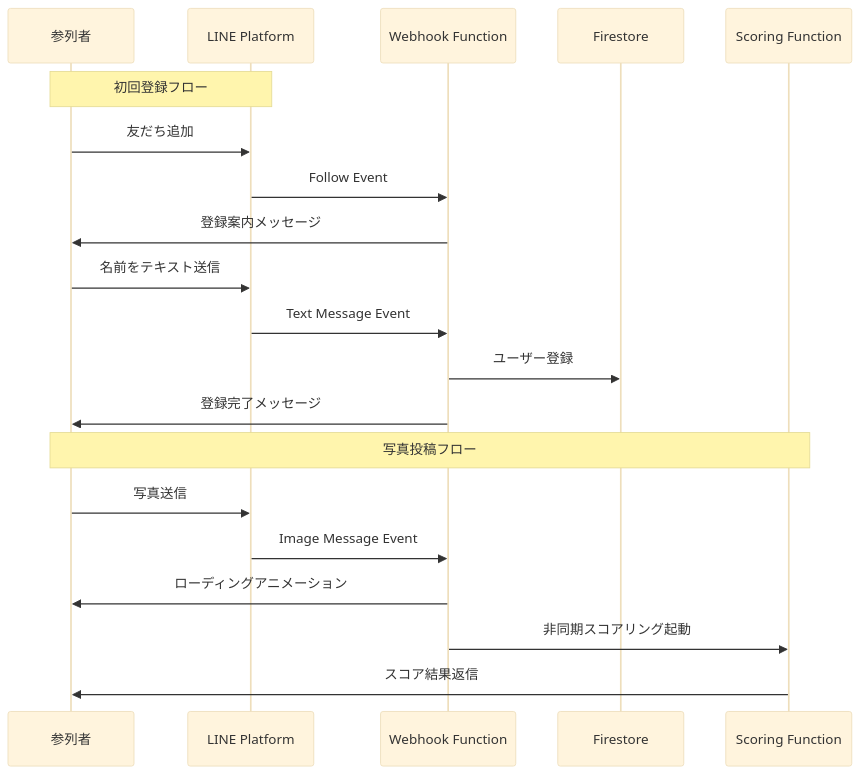
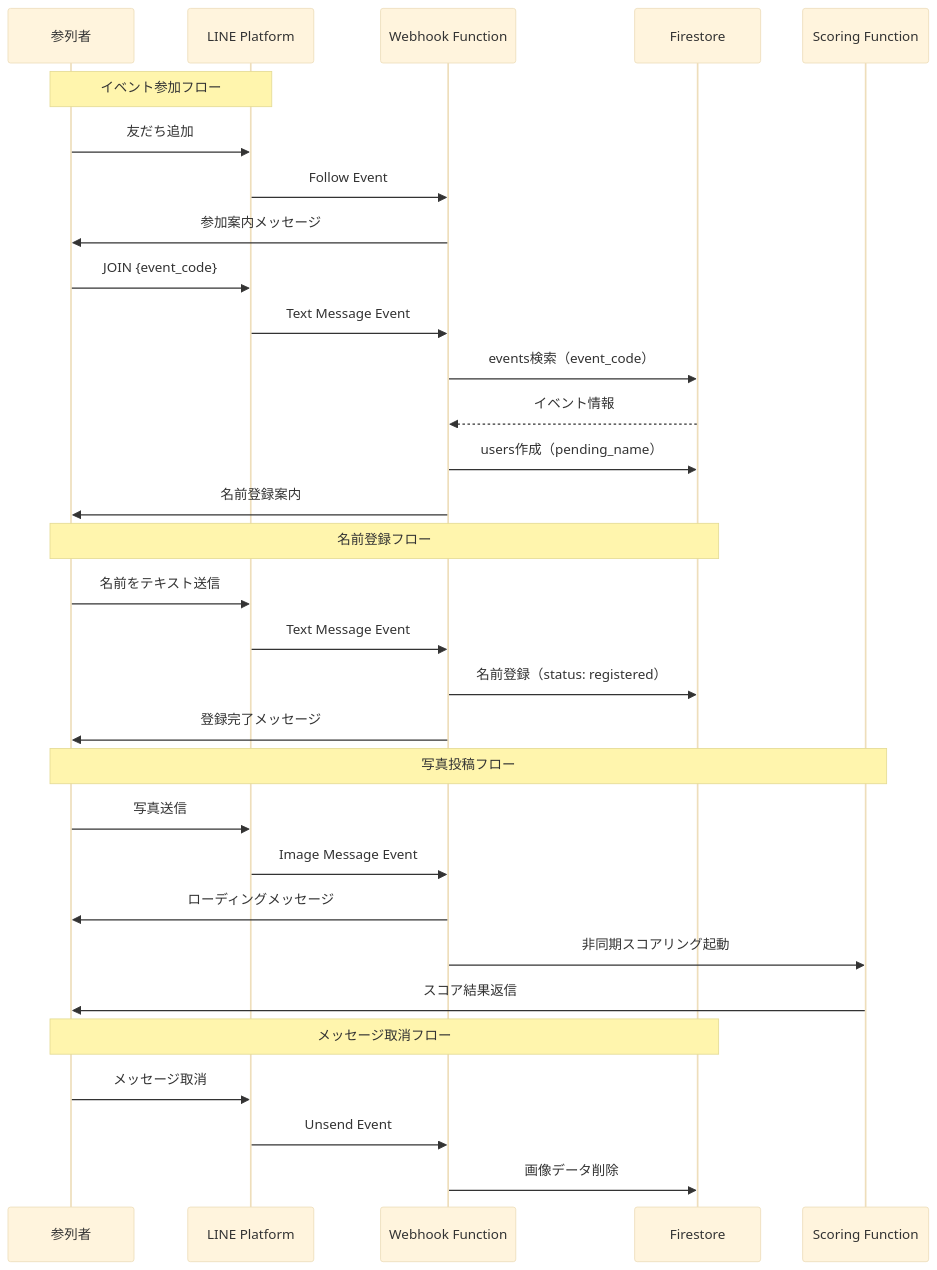
One commit to nakayamaryo0731/wedding_smile_catcher changed the diagram in docs/api/line-bot.md. Above: the diagram before and after it, drawn with Mermaid (base theme). The commit also changed other lines of this file and 18 other files, not shown here.

````diff
--- a/docs/api/line-bot.md
+++ b/docs/api/line-bot.md
@@ -20,24 +22,37 @@
 ```mermaid
 sequenceDiagram
     participant User as 参列者
     participant LINE as LINE Platform
     participant Webhook as Webhook Function
     participant DB as Firestore
     participant Scoring as Scoring Function
 
-    Note over User,LINE: 初回登録フロー
+    Note over User,LINE: イベント参加フロー
     User->>LINE: 友だち追加
     LINE->>Webhook: Follow Event
-    Webhook->>User: 登録案内メッセージ
+    Webhook->>User: 参加案内メッセージ
+    User->>LINE: JOIN {event_code}
+    LINE->>Webhook: Text Message Event
+    Webhook->>DB: events検索（event_code）
+    DB-->>Webhook: イベント情報
+    Webhook->>DB: users作成（pending_name）
+    Webhook->>User: 名前登録案内
+
+    Note over User,DB: 名前登録フロー
     User->>LINE: 名前をテキスト送信
     LINE->>Webhook: Text Message Event
-    Webhook->>DB: ユーザー登録
+    Webhook->>DB: 名前登録（status: registered）
     Webhook->>User: 登録完了メッセージ
 
     Note over User,Scoring: 写真投稿フロー
     User->>LINE: 写真送信
     LINE->>Webhook: Image Message Event
-    Webhook->>User: ローディングアニメーション
+    Webhook->>User: ローディングメッセージ
     Webhook->>Scoring: 非同期スコアリング起動
     Scoring->>User: スコア結果返信
+
+    Note over User,DB: メッセージ取消フロー
+    User->>LINE: メッセージ取消
+    LINE->>Webhook: Unsend Event
+    Webhook->>DB: 画像データ削除
 ```
````
